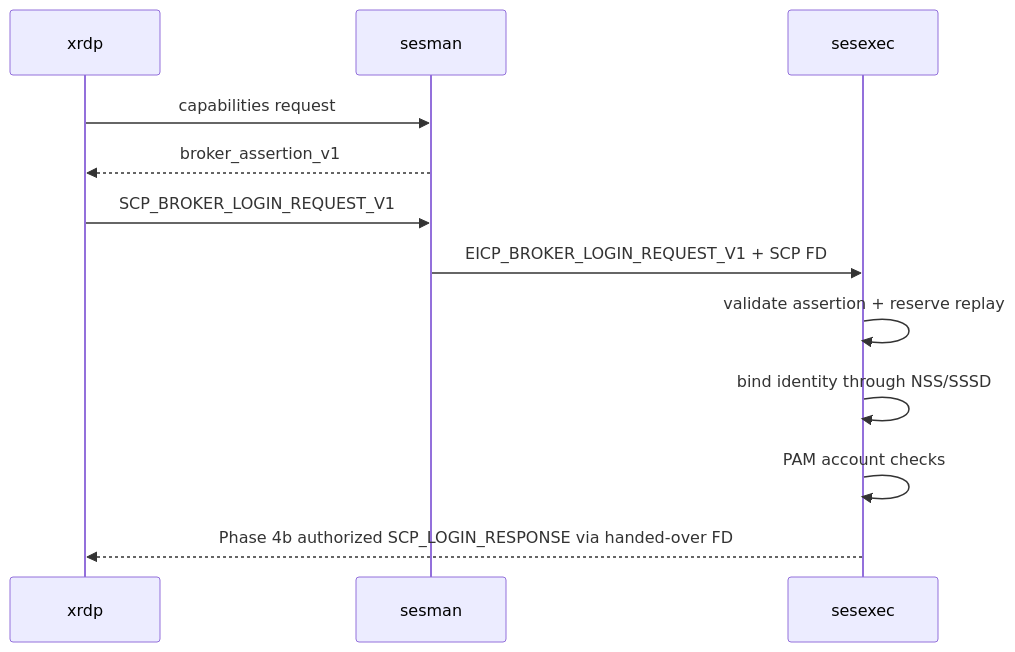
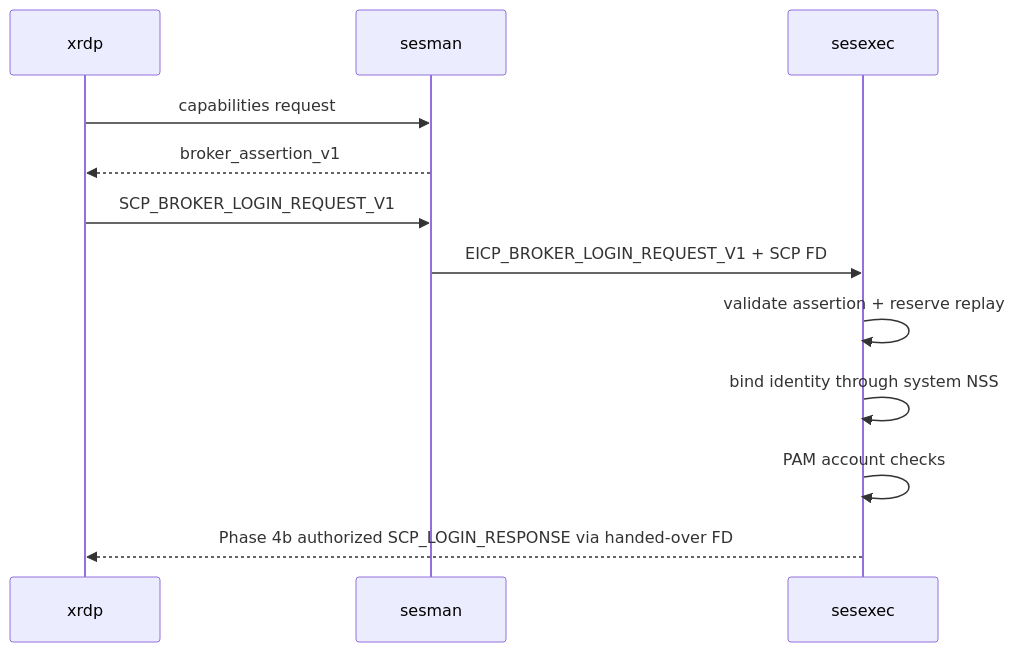
Before and after one commit to risi70/xrdp: the diagram in specification/06-api-and-protocol-specification.md, drawn with Mermaid. The commit also changed other lines of this file and 63 other files, not shown here.

````diff
--- a/specification/06-api-and-protocol-specification.md
+++ b/specification/06-api-and-protocol-specification.md
@@ -77,14 +88,14 @@
 ```mermaid
 sequenceDiagram
   participant X as xrdp
   participant S as sesman
   participant E as sesexec
   X->>S: capabilities request
   S-->>X: broker_assertion_v1
   X->>S: SCP_BROKER_LOGIN_REQUEST_V1
   S->>E: EICP_BROKER_LOGIN_REQUEST_V1 + SCP FD
   E->>E: validate assertion + reserve replay
-  E->>E: bind identity through NSS/SSSD
+  E->>E: bind identity through system NSS
   E->>E: PAM account checks
   E-->>X: Phase 4b authorized SCP_LOGIN_RESPONSE via handed-over FD
 ```
````
